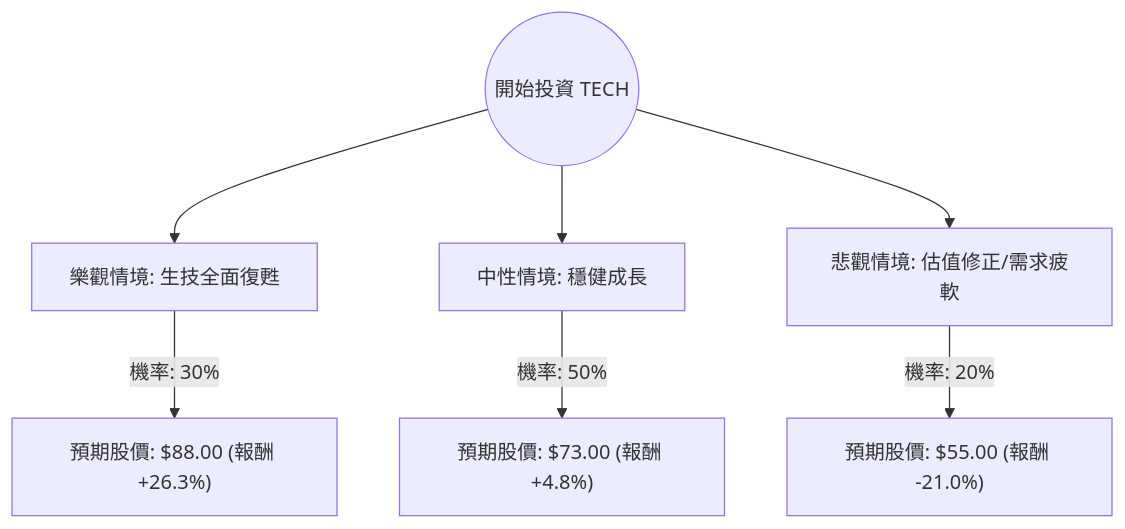
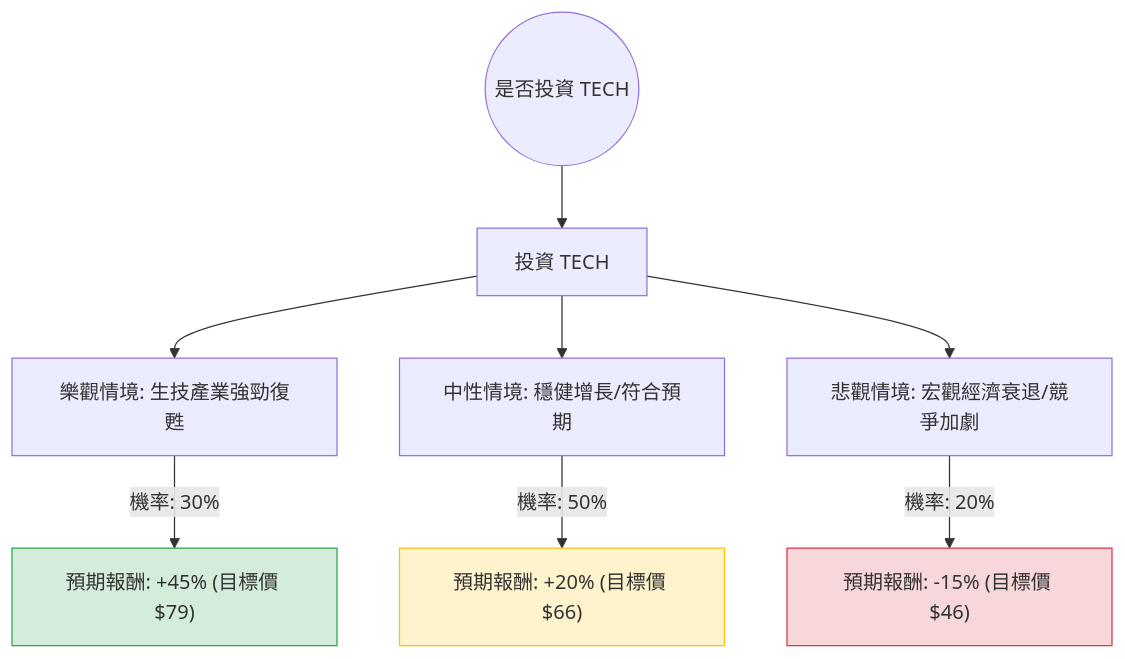
The diagram in plugin-react/ai-analysis/ev-analysis/TECH.md (zmcx16/zmcx16.github.io), drawn with Mermaid before and after one commit. The commit also changed other lines of this file and 95 other files, not shown here.

````diff
--- a/plugin-react/ai-analysis/ev-analysis/TECH.md
+++ b/plugin-react/ai-analysis/ev-analysis/TECH.md
@@ -22,10 +19,16 @@
 ```mermaid
 graph TD
-    Start((開始投資 TECH)) --> Bull[樂觀情境: 生技全面復甦]
-    Start --> Base[中性情境: 穩健成長]
-    Start --> Bear[悲觀情境: 估值修正/需求疲軟]
+    Start((是否投資 TECH)) --> Invest[投資 TECH]
+    
+    Invest --> Bull[樂觀情境: 生技產業強勁復甦]
+    Invest --> Base[中性情境: 穩健增長/符合預期]
+    Invest --> Bear[悲觀情境: 宏觀經濟衰退/競爭加劇]
 
-    Bull -- "機率: 30%" --> Bull_EV["預期股價: $88.00 (報酬 +26.3%)"]
-    Base -- "機率: 50%" --> Base_EV["預期股價: $73.00 (報酬 +4.8%)"]
-    Bear -- "機率: 20%" --> Bear_EV["預期股價: $55.00 (報酬 -21.0%)"]
+    Bull -- "機率: 30%" --> BullVal["預期報酬: +45% (目標價 $79)"]
+    Base -- "機率: 50%" --> BaseVal["預期報酬: +20% (目標價 $66)"]
+    Bear -- "機率: 20%" --> BearVal["預期報酬: -15% (目標價 $46)"]
+
+    style BullVal fill:#d4edda,stroke:#28a745
+    style BaseVal fill:#fff3cd,stroke:#ffc107
+    style BearVal fill:#f8d7da,stroke:#dc3545
 ```
````
